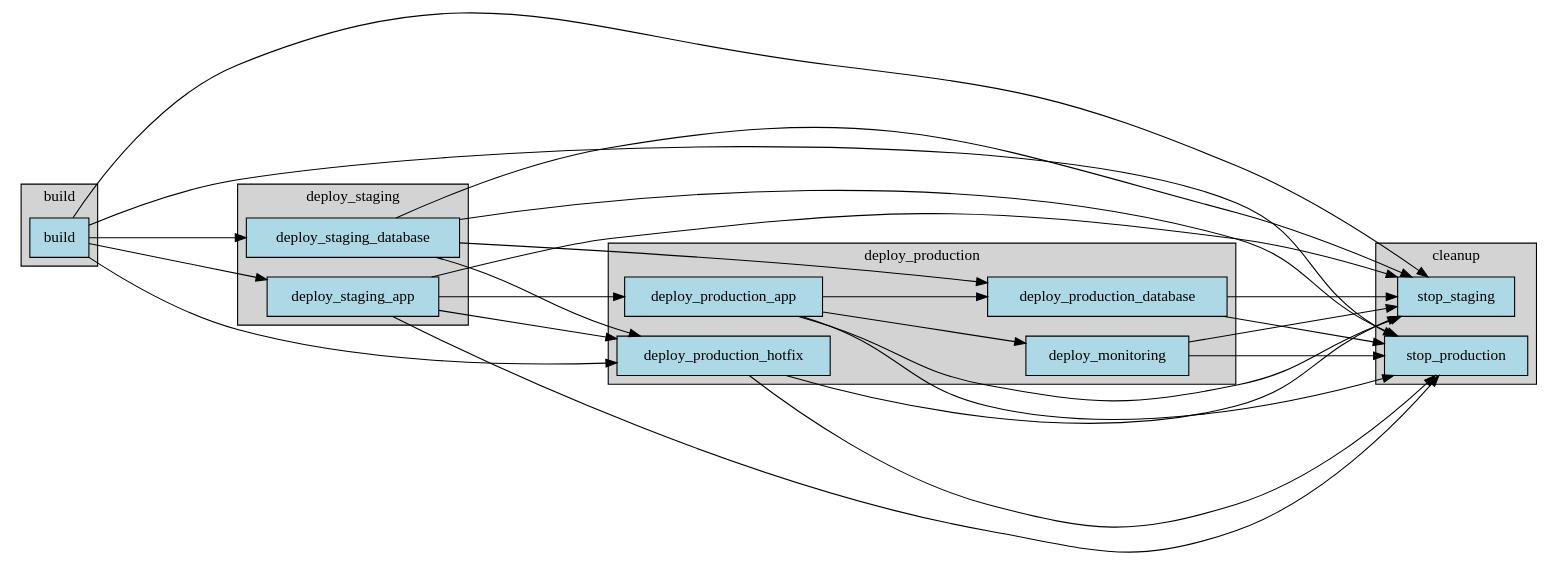
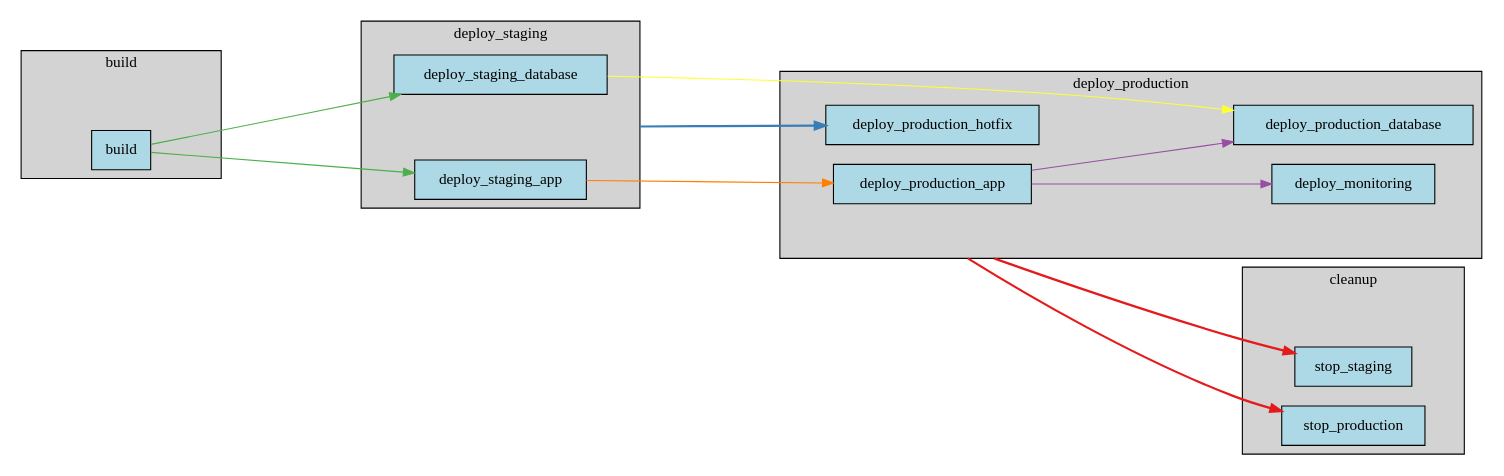
The diagram in test_ci_projects/proj18.output_reference/dag.dot (eisbaw/gitlab_local_ci), drawn with Graphviz before and after one commit. The commit also changed 174 other files, not shown here.

```diff
--- a/test_ci_projects/proj18.output_reference/dag.dot
+++ b/test_ci_projects/proj18.output_reference/dag.dot
@@ -1,66 +1,61 @@
 digraph pipeline {
   rankdir="LR";
   ranksep=2;
+  compound=true;
   node [shape=box, style=filled, fillcolor=lightblue];
 
   subgraph cluster_build {
     label="build";
     style=filled;
     fillcolor=lightgrey;
+
+    __stage_anchor_build [style=invis, width=0, height=0];
 
     build [label="build", tooltip="---\nstage: build\nscript:\n- echo \"Building application version ${DEPLOY_VERSION}\"\n- echo \"Build artifacts created\"\n- mkdir -p dist\n- echo \"app-${DEPLOY_VERSION}\" > dist/app.tar.gz\nartifacts:\n  paths:\n  - dist/\n  expire_in: 1 hour\n"];
   }
 
   subgraph cluster_deploy_staging {
     label="deploy_staging";
     style=filled;
     fillcolor=lightgrey;
 
+    __stage_anchor_deploy_staging [style=invis, width=0, height=0];
+
     deploy_staging_app [label="deploy_staging_app", tooltip="---\nstage: deploy_staging\nresource_group: staging/deployment\nenvironment:\n  name: staging\n  url: https://staging.example.com\n  auto_stop_in: 1 day\n  on_stop: stop_staging\nscript:\n- echo \"Deploying to staging environment\"\n- echo \"Resource group 'staging/deployment' ensures only one staging deploy at a time\"\n- sleep 2\n- echo \"Application deployed to staging\"\n- echo \"Environment URL: https://staging.example.com\"\nneeds:\n- build\n"];
     deploy_staging_database [label="deploy_staging_database", tooltip="---\nstage: deploy_staging\nresource_group: staging/deployment\nenvironment:\n  name: staging\n  url: https://staging.example.com\n  auto_stop_in: 1 day\nscript:\n- echo \"Deploying database migrations to staging\"\n- echo \"Waiting for staging/deployment resource group lock\"\n- sleep 2\n- echo \"Database migrations applied to staging\"\nneeds:\n- build\nwhen: manual\n"];
   }
 
   subgraph cluster_deploy_production {
     label="deploy_production";
     style=filled;
     fillcolor=lightgrey;
+
+    __stage_anchor_deploy_production [style=invis, width=0, height=0];
 
     deploy_production_app [label="deploy_production_app", tooltip="---\nstage: deploy_production\nresource_group: production/deployment\nenvironment:\n  name: production\n  url: https://production.example.com\n  auto_stop_in: 30 days\n  on_stop: stop_production\nscript:\n- echo \"Deploying to production environment\"\n- echo \"Resource group 'production/deployment' ensures safe production deploys\"\n- sleep 3\n- echo \"Application deployed to production\"\n- echo \"Environment URL: https://production.example.com\"\nneeds:\n- deploy_staging_app\nwhen: manual\nonly:\n- master\n- main\n"];
     deploy_production_database [label="deploy_production_database", tooltip="---\nstage: deploy_production\nresource_group: production/deployment\nenvironment:\n  name: production\n  url: https://production.example.com\n  auto_stop_in: 30 days\nscript:\n- echo \"Deploying database migrations to production\"\n- echo \"Waiting for production/deployment resource group lock\"\n- sleep 3\n- echo \"Database migrations applied to production\"\nneeds:\n- deploy_staging_database\n- deploy_production_app\nwhen: manual\nonly:\n- master\n- main\n"];
     deploy_production_hotfix [label="deploy_production_hotfix", tooltip="---\nstage: deploy_production\nresource_group: production/deployment\nenvironment:\n  name: production\n  url: https://production.example.com\nscript:\n- echo \"Deploying emergency hotfix to production\"\n- echo \"Must wait for production/deployment resource group\"\n- sleep 2\n- echo \"Hotfix deployed successfully\"\nwhen: manual\nonly:\n- hotfix/*\n"];
     deploy_monitoring [label="deploy_monitoring", tooltip="---\nstage: deploy_production\nresource_group: monitoring/deployment\nenvironment:\n  name: monitoring\n  url: https://monitoring.example.com\n  auto_stop_in: 7 days\nscript:\n- echo \"Deploying monitoring stack\"\n- echo \"Resource group 'monitoring/deployment' separate from app deployments\"\n- sleep 1\n- echo \"Monitoring deployed\"\nneeds:\n- deploy_production_app\nwhen: manual\n"];
   }
 
   subgraph cluster_cleanup {
     label="cleanup";
     style=filled;
     fillcolor=lightgrey;
 
+    __stage_anchor_cleanup [style=invis, width=0, height=0];
+
     stop_staging [label="stop_staging", tooltip="---\nstage: cleanup\nresource_group: staging/deployment\nenvironment:\n  name: staging\n  action: stop\nscript:\n- echo \"Stopping staging environment\"\n- echo \"Cleaning up staging resources\"\n- sleep 1\n- echo \"Staging environment stopped\"\nwhen: manual\n"];
     stop_production [label="stop_production", tooltip="---\nstage: cleanup\nresource_group: production/deployment\nenvironment:\n  name: production\n  action: stop\nscript:\n- echo \"Stopping production environment\"\n- echo \"Cleaning up production resources\"\n- sleep 2\n- echo \"Production environment stopped\"\nwhen: manual\nonly:\n- master\n- main\n"];
   }
 
-  build -> deploy_staging_app;
-  build -> deploy_staging_database;
-  deploy_staging_app -> deploy_production_app;
-  deploy_staging_database -> deploy_production_database;
-  deploy_production_app -> deploy_production_database;
-  build -> deploy_production_hotfix;
-  deploy_staging_app -> deploy_production_hotfix;
-  deploy_staging_database -> deploy_production_hotfix;
-  build -> stop_staging;
-  deploy_staging_app -> stop_staging;
-  deploy_staging_database -> stop_staging;
-  deploy_production_app -> stop_staging;
-  deploy_production_database -> stop_staging;
-  deploy_production_hotfix -> stop_staging;
-  deploy_monitoring -> stop_staging;
-  build -> stop_production;
-  deploy_staging_app -> stop_production;
-  deploy_staging_database -> stop_production;
-  deploy_production_app -> stop_production;
-  deploy_production_database -> stop_production;
-  deploy_production_hotfix -> stop_production;
-  deploy_monitoring -> stop_production;
-  deploy_production_app -> deploy_monitoring;
+  build -> deploy_staging_app [color="#4DAF4A"];
+  build -> deploy_staging_database [color="#4DAF4A"];
+  deploy_staging_app -> deploy_production_app [color="#FF7F00"];
+  deploy_staging_database -> deploy_production_database [color="#FFFF33"];
+  deploy_production_app -> deploy_production_database [color="#984EA3"];
+  __stage_anchor_deploy_staging -> deploy_production_hotfix [ltail=cluster_deploy_staging, style=bold, color="#377EB8"];
+  __stage_anchor_deploy_production -> stop_staging [ltail=cluster_deploy_production, style=bold, color="#E41A1C"];
+  __stage_anchor_deploy_production -> stop_production [ltail=cluster_deploy_production, style=bold, color="#E41A1C"];
+  deploy_production_app -> deploy_monitoring [color="#984EA3"];
 }
```
